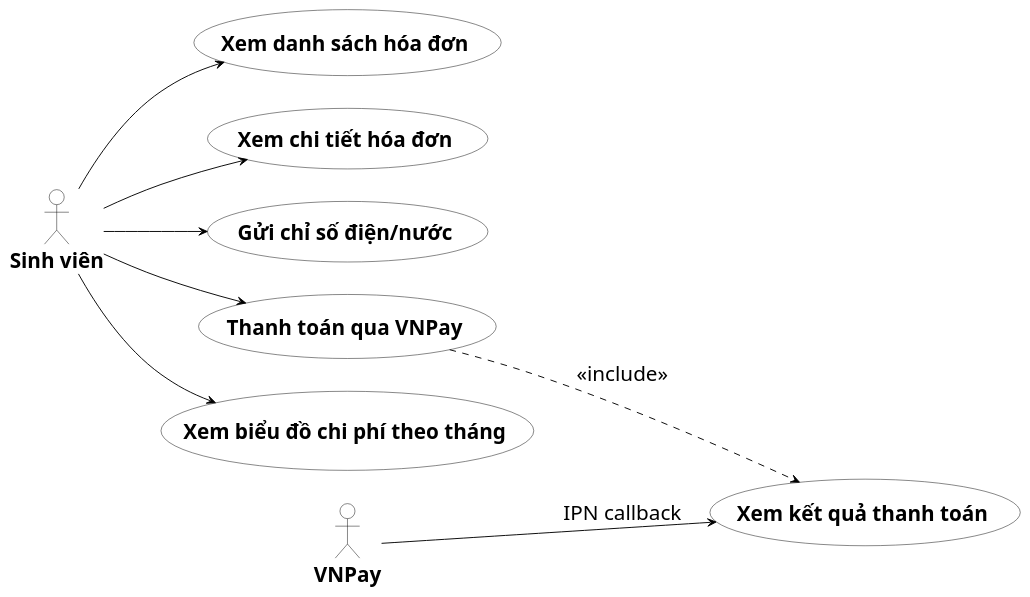
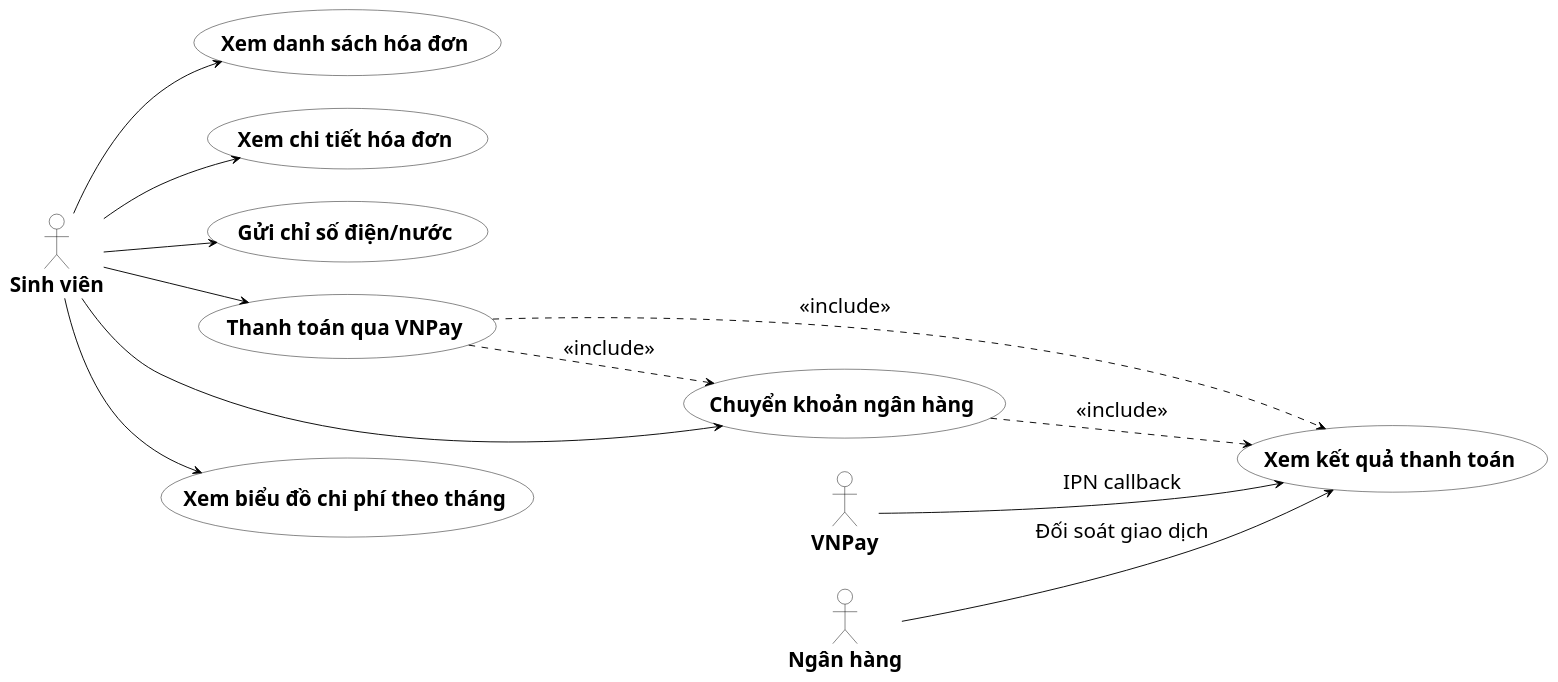
Before and after one commit to s0nbuildtech287/dormitory-frontend: the diagram in diagrams/usecase_phanra/uc_sinhvien_hoadon.puml, drawn with PlantUML. The commit also changed 7 other files, not shown here.

```diff
--- a/diagrams/usecase_phanra/uc_sinhvien_hoadon.puml
+++ b/diagrams/usecase_phanra/uc_sinhvien_hoadon.puml
@@ -1,33 +1,39 @@
 @startuml "UC Phân rã - Sinh viên: Theo dõi & Thanh toán hóa đơn"
 skinparam defaultFontSize 22
 skinparam defaultFontName "Times New Roman"
 left to right direction
 skinparam usecase {
   BackgroundColor White
   BorderColor Black
   ArrowColor Black
 }
 skinparam actor {
   BackgroundColor White
   BorderColor Black
 }
 
 actor "<b>Sinh viên</b>" as SV
 actor "<b>VNPay</b>" as VNP
+actor "<b>Ngân hàng</b>" as Bank
 
 usecase "<b>Xem danh sách hóa đơn</b>" as UC1
 usecase "<b>Xem chi tiết hóa đơn</b>" as UC2
 usecase "<b>Gửi chỉ số điện/nước</b>" as UC3
 usecase "<b>Thanh toán qua VNPay</b>" as UC4
-usecase "<b>Xem kết quả thanh toán</b>" as UC5
-usecase "<b>Xem biểu đồ chi phí theo tháng</b>" as UC6
+usecase "<b>Chuyển khoản ngân hàng</b>" as UC5
+usecase "<b>Xem kết quả thanh toán</b>" as UC6
+usecase "<b>Xem biểu đồ chi phí theo tháng</b>" as UC7
 
 UC4 ..> UC5 : <<include>>
+UC5 ..> UC6 : <<include>>
+UC4 ..> UC6 : <<include>>
 
 SV --> UC1
 SV --> UC2
 SV --> UC3
 SV --> UC4
-SV --> UC6
-VNP --> UC5 : IPN callback
+SV --> UC5
+SV --> UC7
+VNP --> UC6 : IPN callback
+Bank --> UC6 : Đối soát giao dịch
 @enduml
```
